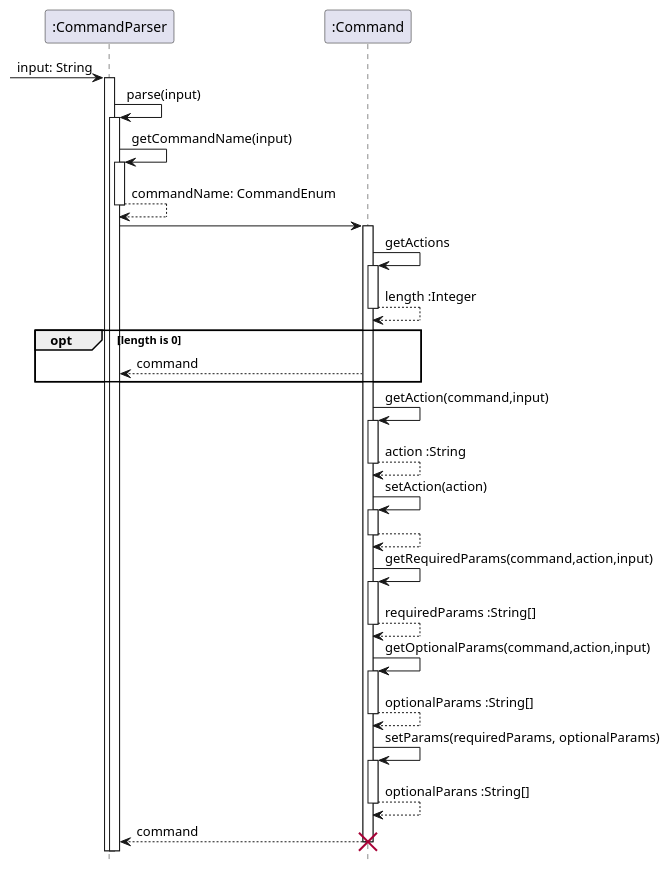
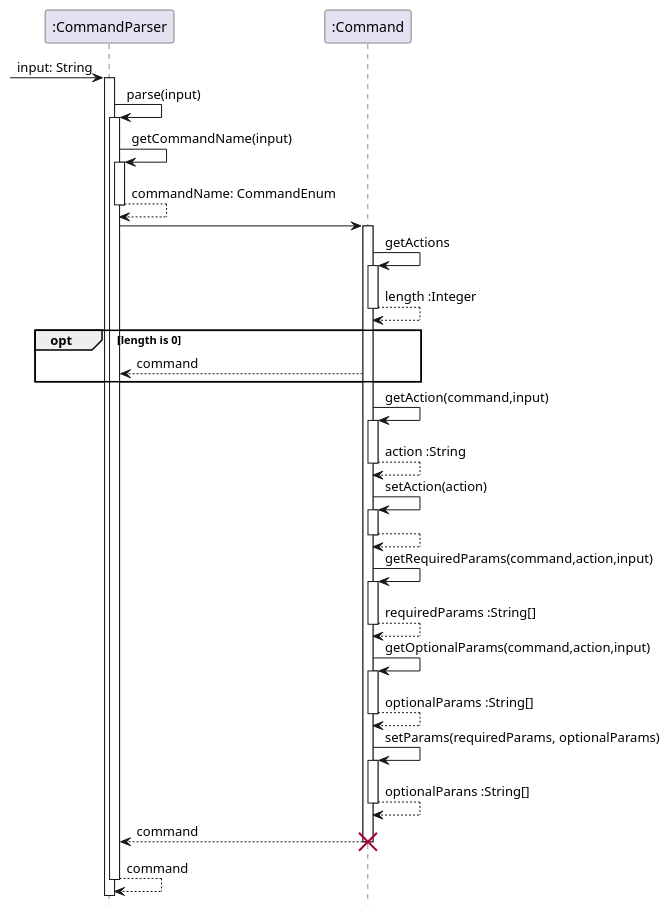
The diagram in docs/uml/CommandParserSequence.puml (stephenkyang/tp), drawn with PlantUML before and after one commit. The commit also changed 3 other files, not shown here.

Commit message:
create sequence diagram for Budget Command

```diff
--- a/docs/uml/CommandParserSequence.puml
+++ b/docs/uml/CommandParserSequence.puml
@@ -1,58 +1,53 @@
 @startuml
 
 hide footbox
+
 
  -> ":CommandParser": input: String
 
 activate ":CommandParser"
 ":CommandParser" -> ":CommandParser": parse(input)
 activate  ":CommandParser"
 ":CommandParser" -> ":CommandParser": getCommandName(input)
 activate ":CommandParser"
 return commandName: CommandEnum
 
 ":CommandParser" -> ":Command"
 activate ":Command"
 
 ":Command" -> ":Command": getActions
 activate ":Command"
 return length :Integer
 
-
 opt length is 0
     ":Command" --> ":CommandParser": command
-
-   end
-
-
-
-activate ":Command"
-
+end
 
 ":Command" -> ":Command": getAction(command,input)
 activate ":Command"
 return action :String
 
 ":Command" -> ":Command": setAction(action)
 activate ":Command"
 return
 
 ":Command" -> ":Command": getRequiredParams(command,action,input)
 activate ":Command"
 return requiredParams :String[]
 
 ":Command" -> ":Command": getOptionalParams(command,action,input)
 activate ":Command"
 return optionalParams :String[]
 
 ":Command" -> ":Command": setParams(requiredParams, optionalParams)
 activate ":Command"
 return optionalParans :String[]
 
-
 return command
 destroy ":Command"
+return command
 deactivate ":Command"
 
 
+
 @enduml
```
